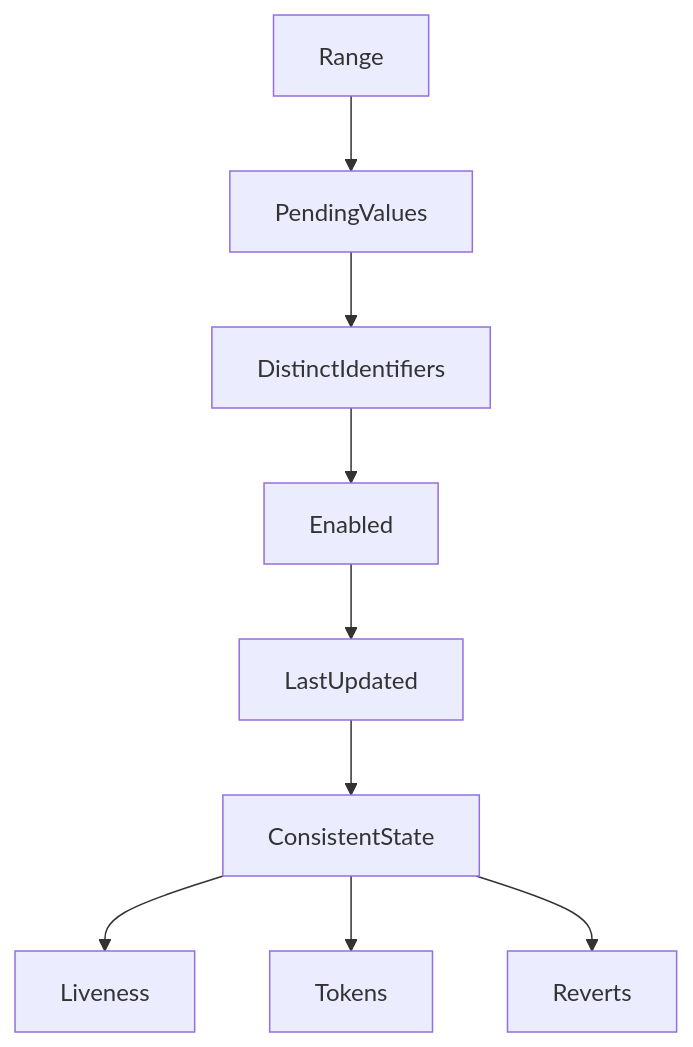
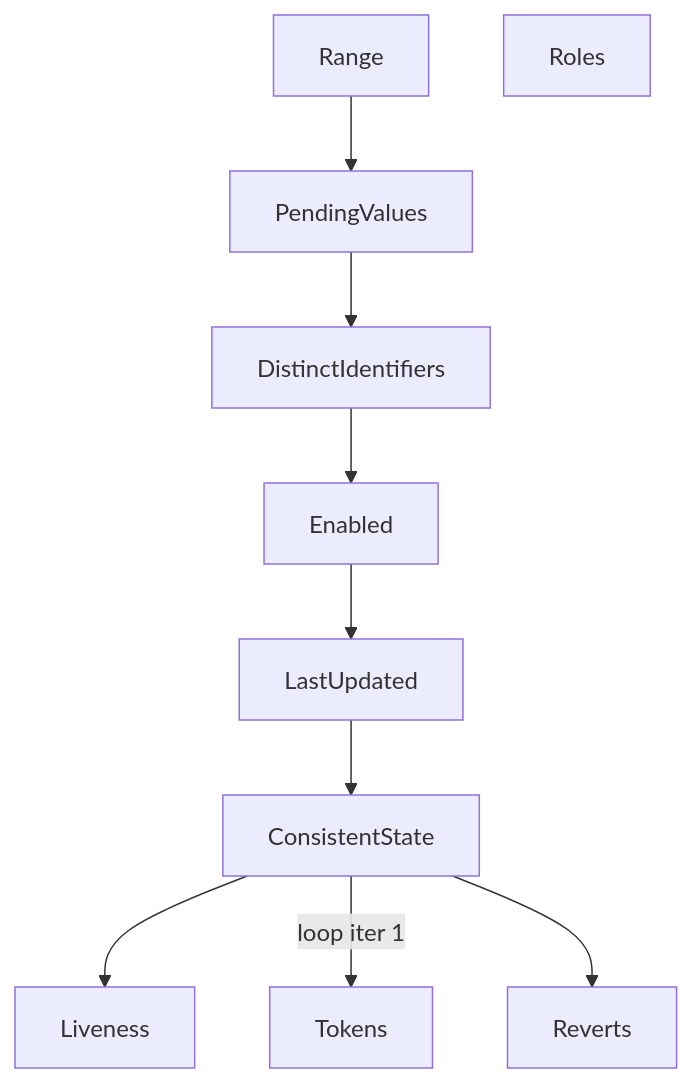
Before and after one commit to QGarchery/test-github: the diagram in README.md, drawn with Mermaid.

````diff
--- a/README.md
+++ b/README.md
@@ -1,11 +1,12 @@
 ```mermaid
 graph
 Range --> PendingValues
 PendingValues --> DistinctIdentifiers
 DistinctIdentifiers --> Enabled
 Enabled --> LastUpdated
 LastUpdated --> ConsistentState
 ConsistentState --> Liveness
-ConsistentState --> Tokens
+ConsistentState -->|loop iter 1| Tokens
 ConsistentState --> Reverts
+Roles
 ```
````
